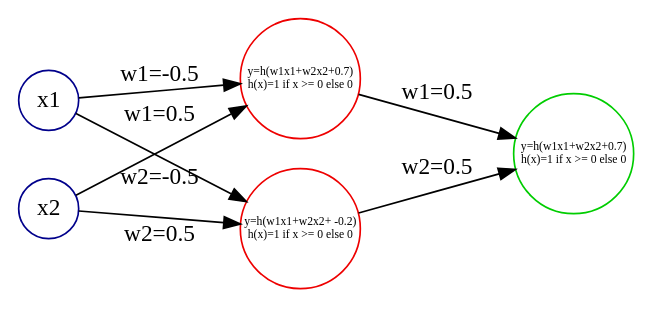
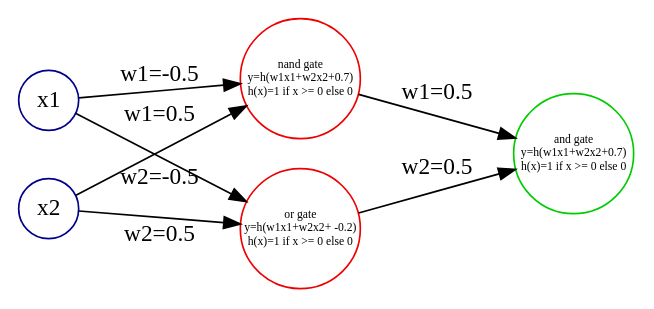
One commit to hni14/deep-learning-with-keras changed the diagram in perceptron/img/xor_gate.dot. Above: the diagram before and after it, drawn with Graphviz. The commit also changed 2 other files, not shown here.

```diff
--- a/perceptron/img/xor_gate.dot
+++ b/perceptron/img/xor_gate.dot
@@ -1,55 +1,55 @@
 digraph or_gate {
 
     rankdir=LR
     splines=line
         
     node [fixedsize=true, label=""];
 
     subgraph input_layer {
         label = "input layer";
         color=white;
         node [
             style=solid,
             color=blue4,
             shape=circle
         ];
         x1 [label=x1];
         x2 [label=x2];
     }
 
     subgraph hidden_layer {
         label = "hidden layer";
         color=white;
         node [
             style=solid,
             color=red2, 
             shape=circle,
             height = 1,
             width = 1,
             fontsize = 7,
         ];
-        s1 [label="y=h(w1x1+w2x2+0.7)\nh(x)=1 if x >= 0 else 0"];
-        s2 [label="y=h(w1x1+w2x2+ -0.2)\nh(x)=1 if x >= 0 else 0"];
+        s1 [label="nand gate\ny=h(w1x1+w2x2+0.7)\nh(x)=1 if x >= 0 else 0"];
+        s2 [label="or gate\ny=h(w1x1+w2x2+ -0.2)\nh(x)=1 if x >= 0 else 0"];
     }
 
     subgraph ouput_layer {
         label = "output layer";
         color=white;
         node [
             style=solid,
             color=green3, 
             shape=circle,
             height = 1,
             width = 1,
             fontsize = 7,
         ];
-        y [label="y=h(w1x1+w2x2+0.7)\nh(x)=1 if x >= 0 else 0"];
+        y [label="and gate\ny=h(w1x1+w2x2+0.7)\nh(x)=1 if x >= 0 else 0"];
     }
 
     x1 -> s1 [ label = "w1=-0.5" ];
     x2 -> s1 [ label = "w2=-0.5" ];
     x1 -> s2 [ label = "w1=0.5" ];
     x2 -> s2 [ label = "w2=0.5" ];
     s1 -> y [ label = "w1=0.5" ];
     s2 -> y [ label = "w2=0.5" ];
 }
```
